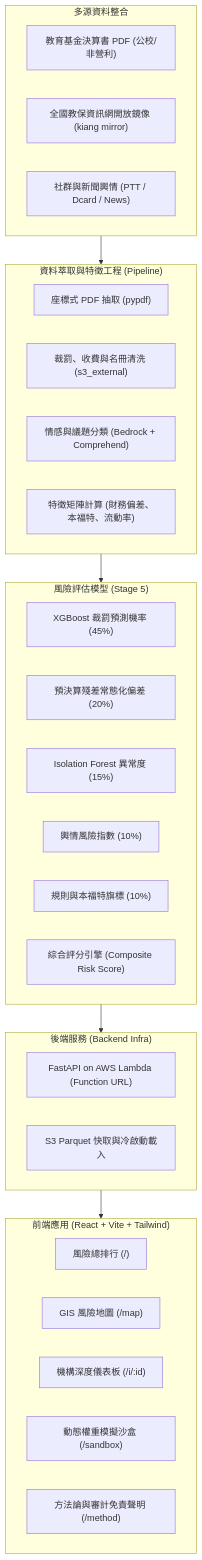
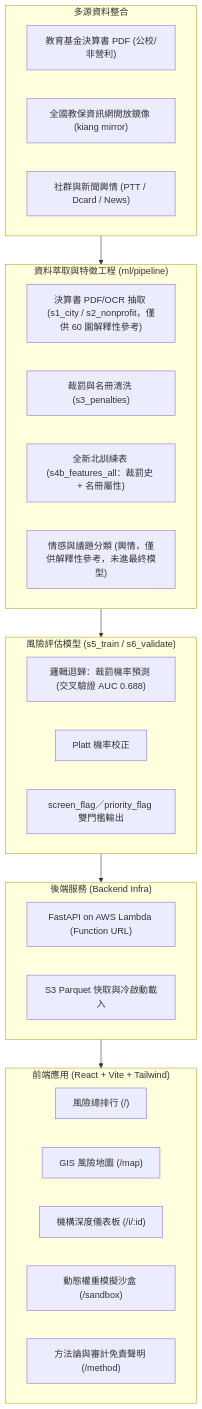
Before and after one commit to leo5358/ntpc_hackathon_2026: the diagram in README.md, drawn with Mermaid. The commit also changed other lines of this file and 4 other files, not shown here.

````diff
--- a/README.md
+++ b/README.md
@@ -21,42 +21,39 @@
 ```mermaid
 flowchart TD
     subgraph DataSources["多源資料整合"]
         A1["教育基金決算書 PDF (公校/非營利)"]
         A2["全國教保資訊網開放鏡像 (kiang mirror)"]
         A3["社群與新聞輿情 (PTT / Dcard / News)"]
     end
 
-    subgraph Pipeline["資料萃取與特徵工程 (Pipeline)"]
-        B1["座標式 PDF 抽取 (pypdf)"]
-        B2["裁罰、收費與名冊清洗 (s3_external)"]
-        B3["情感與議題分類 (Bedrock + Comprehend)"]
-        B4["特徵矩陣計算 (財務偏差、本福特、流動率)"]
+    subgraph Pipeline["資料萃取與特徵工程 (ml/pipeline)"]
+        B1["決算書 PDF/OCR 抽取 (s1_city / s2_nonprofit，僅供 60 園解釋性參考)"]
+        B2["裁罰與名冊清洗 (s3_penalties)"]
+        B3["全新北訓練表 (s4b_features_all：裁罰史 + 名冊屬性)"]
+        B4["情感與議題分類 (輿情，僅供解釋性參考，未進最終模型)"]
     end
 
-    subgraph Modeling["風險評估模型 (Stage 5)"]
-        C1["XGBoost 裁罰預測機率 (45%)"]
-        C2["預決算殘差常態化偏差 (20%)"]
-        C3["Isolation Forest 異常度 (15%)"]
-        C4["輿情風險指數 (10%)"]
-        C5["規則與本福特旗標 (10%)"]
-        C6["綜合評分引擎 (Composite Risk Score)"]
+    subgraph Modeling["風險評估模型 (s5_train / s6_validate)"]
+        C1["邏輯迴歸：裁罰機率預測 (交叉驗證 AUC 0.688)"]
+        C2["Platt 機率校正"]
+        C3["screen_flag／priority_flag 雙門檻輸出"]
     end
 
     subgraph Serving["後端服務 (Backend Infra)"]
         D1["FastAPI on AWS Lambda (Function URL)"]
         D2["S3 Parquet 快取與冷啟動載入"]
     end
 
     subgraph Frontend["前端應用 (React + Vite + Tailwind)"]
         E1["風險總排行 (/)"]
         E2["GIS 風險地圖 (/map)"]
         E3["機構深度儀表板 (/i/:id)"]
         E4["動態權重模擬沙盒 (/sandbox)"]
         E5["方法論與審計免責聲明 (/method)"]
     end
 
     DataSources --> Pipeline
     Pipeline --> Modeling
     Modeling --> Serving
     Serving --> Frontend
 ```
````
